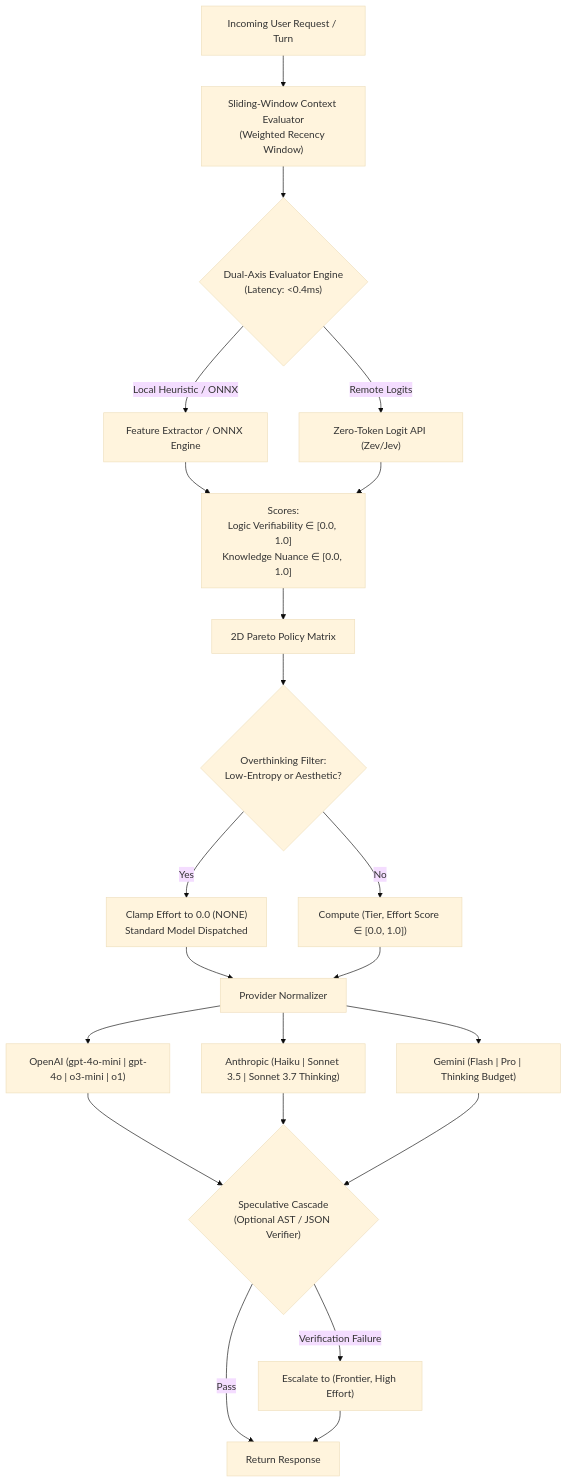
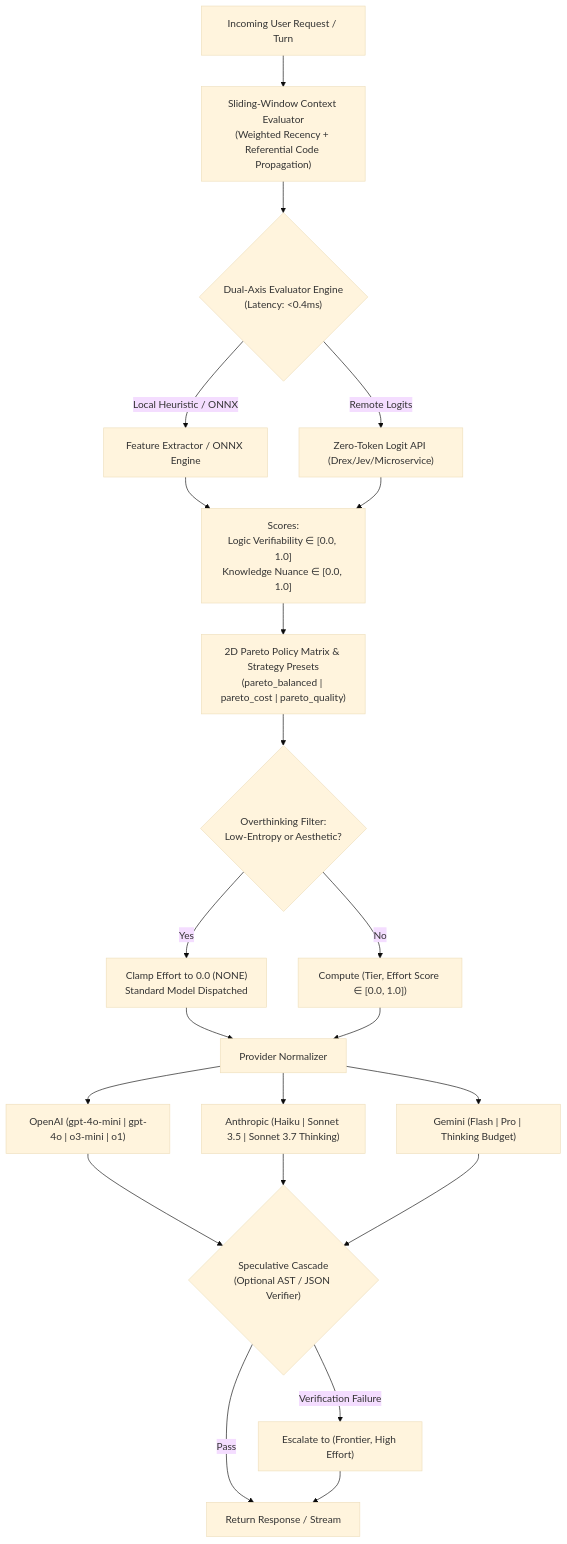
The diagram in README.md (Sandeep-Hipparagi/Inference-Pareto-Router), drawn with Mermaid (base theme) before and after one commit. The commit also changed other lines of this file and 16 other files, not shown here.

Commit message:
feat: complete Phase 5 refinements (streaming, multi-turn triage, pluggable decision endpoints, strategy presets)

````diff
--- a/README.md
+++ b/README.md
@@ -51,32 +98,32 @@
 ```mermaid
 flowchart TD
-    UserTurn["Incoming User Request / Turn"] --> SlidingWindow["Sliding-Window Context Evaluator\n(Weighted Recency Window)"]
+    UserTurn["Incoming User Request / Turn"] --> SlidingWindow["Sliding-Window Context Evaluator\n(Weighted Recency + Referential Code Propagation)"]
     SlidingWindow --> DualEvaluator{"Dual-Axis Evaluator Engine\n(Latency: <0.4ms)"}
     
     DualEvaluator -->|Local Heuristic / ONNX| FeatureEngine["Feature Extractor / ONNX Engine"]
-    DualEvaluator -->|Remote Logits| ZeroTokenAPI["Zero-Token Logit API (Zev/Jev)"]
+    DualEvaluator -->|Remote Logits| ZeroTokenAPI["Zero-Token Logit API (Drex/Jev/Microservice)"]
     
     FeatureEngine --> Scores["Scores:\nLogic Verifiability ∈ [0.0, 1.0]\nKnowledge Nuance ∈ [0.0, 1.0]"]
     ZeroTokenAPI --> Scores
     
-    Scores --> ParetoMatrix["2D Pareto Policy Matrix"]
+    Scores --> ParetoMatrix["2D Pareto Policy Matrix & Strategy Presets\n(pareto_balanced | pareto_cost | pareto_quality)"]
     ParetoMatrix --> OverthinkingFilter{"Overthinking Filter:\nLow-Entropy or Aesthetic?"}
     
     OverthinkingFilter -->|Yes| Clamped["Clamp Effort to 0.0 (NONE)\nStandard Model Dispatched"]
     OverthinkingFilter -->|No| Computed["Compute (Tier, Effort Score ∈ [0.0, 1.0])"]
     
     Clamped --> Normalizer["Provider Normalizer"]
     Computed --> Normalizer
     
     Normalizer --> PayloadOpenAI["OpenAI (gpt-4o-mini | gpt-4o | o3-mini | o1)"]
     Normalizer --> PayloadAnthropic["Anthropic (Haiku | Sonnet 3.5 | Sonnet 3.7 Thinking)"]
     Normalizer --> PayloadGemini["Gemini (Flash | Pro | Thinking Budget)"]
     
     PayloadOpenAI --> SpeculativeCascade{"Speculative Cascade\n(Optional AST / JSON Verifier)"}
     PayloadAnthropic --> SpeculativeCascade
     PayloadGemini --> SpeculativeCascade
     
-    SpeculativeCascade -->|Pass| ReturnResponse["Return Response"]
+    SpeculativeCascade -->|Pass| ReturnResponse["Return Response / Stream"]
     SpeculativeCascade -->|Verification Failure| Escalate["Escalate to (Frontier, High Effort)"]
     Escalate --> ReturnResponse
 ```
````
